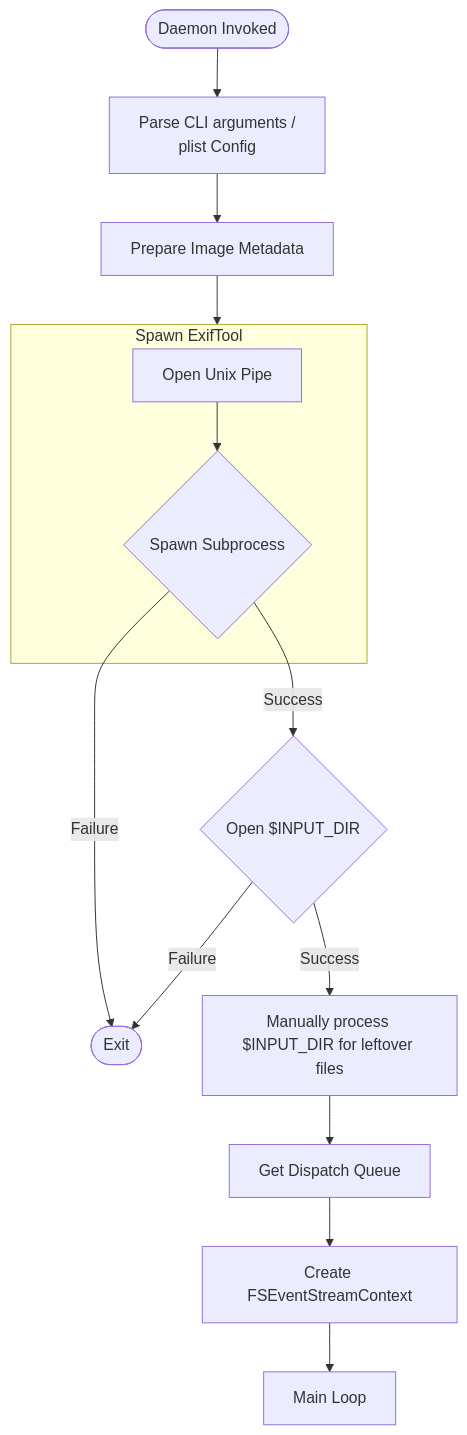
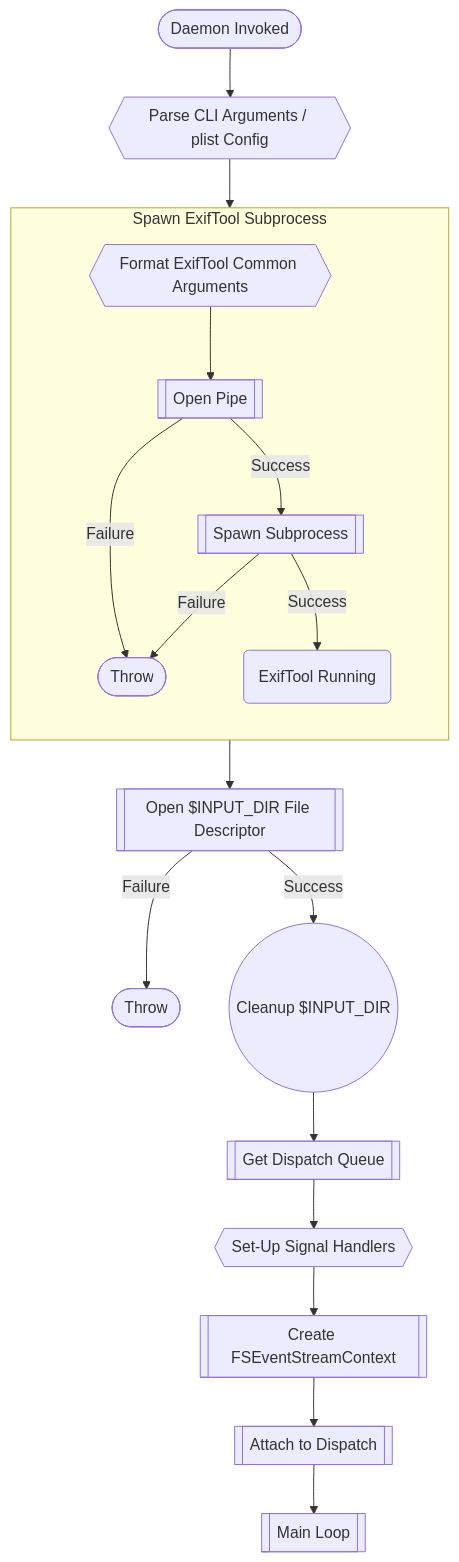
Before and after one commit to CharlesMC11/sst: the second of 6 diagrams in Specification.md, drawn with Mermaid. The commit also changed other lines of this file, not shown here.

Commit message:
Update charts

````diff
--- a/Specification.md
+++ b/Specification.md
@@ -140,22 +144,24 @@
 ```mermaid
-flowchart TB
-  Invoke([Daemon Invoked]) --> Parse[Parse CLI arguments /
-  plist Config]
-  Parse --> Prep[Prepare Image Metadata]
-  Prep --> ExifTool
+flowchart
+  IN([Daemon Invoked]) --> Parse{{Parse CLI Arguments / plist Config}}
+  Parse --> ExifTool
 
-  subgraph ExifTool [Spawn ExifTool]
-    Pipe[Open Unix Pipe] --> Spawn{Spawn Subprocess}
+  subgraph ExifTool [Spawn ExifTool Subprocess]
+      direction TB
+    Args{{Format ExifTool Common Arguments}} --> Pipe[[Open Pipe]]
+    Pipe --> |Failure| Throw1([Throw])
+    Pipe --> |Success| Spawn[[Spawn Subprocess]]
+    Spawn --> |Failure| Throw1
+    Spawn --> |Success| Run(ExifTool Running)
   end
 
-  Spawn --> |Failure| F
-  Spawn --> |Success| Open{Open $INPUT_DIR}
+  ExifTool --> FDOpen[[Open $INPUT_DIR File Descriptor]]
+  FDOpen --> |Failure| Throw2([Throw])
+  FDOpen --> |Success| Cleanup((Cleanup $INPUT_DIR))
 
-  Open --> |Failure| F([Exit])
-  Open --> |Success| Clean[Manually process $INPUT_DIR for leftover files]
-
-  Clean --> Q[Get Dispatch Queue]
-  Q --> FS[Create FSEventStreamContext]
-
-  FS --> Start[Main Loop]
+  Cleanup --> Dispatch[[Get Dispatch Queue]]
+  Dispatch --> Signals{{Set-Up Signal Handlers}}
+  Signals --> FSEvent[[Create FSEventStreamContext]]
+  FSEvent --> Attach[[Attach to Dispatch]]
+  Attach --> Start[[Main Loop]]
 ```
````
